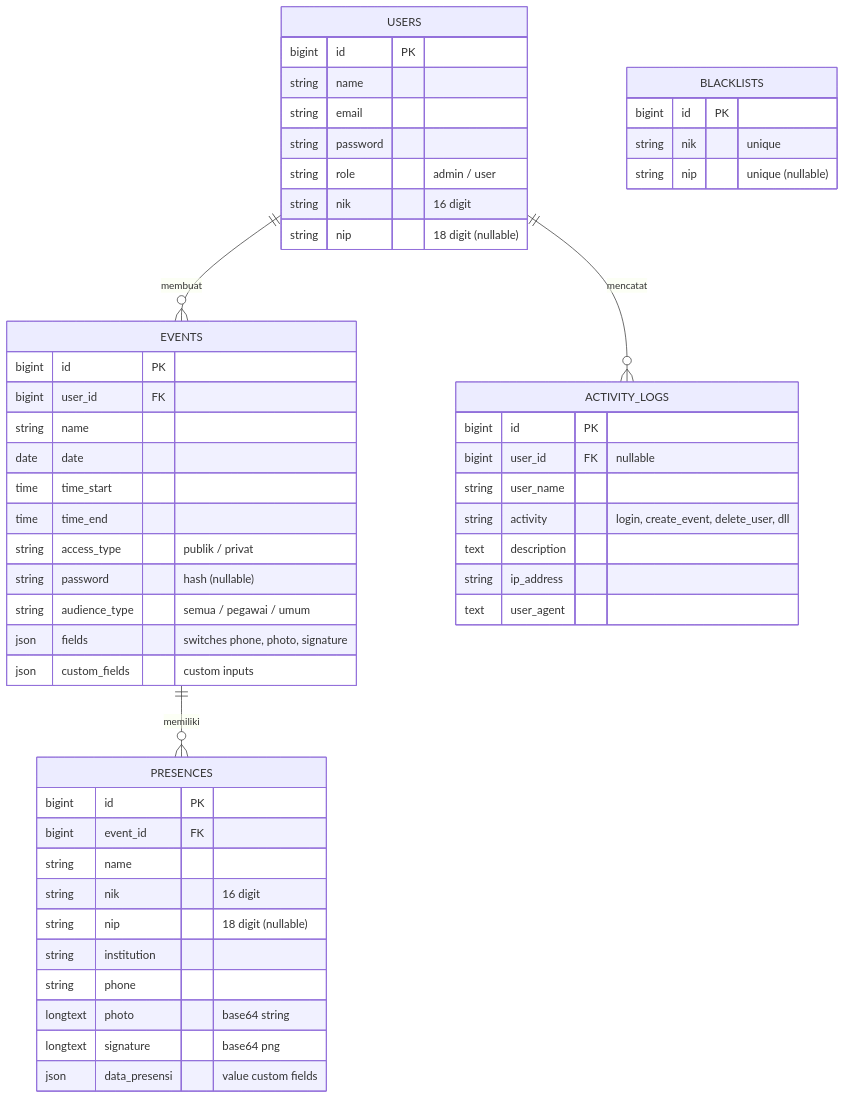
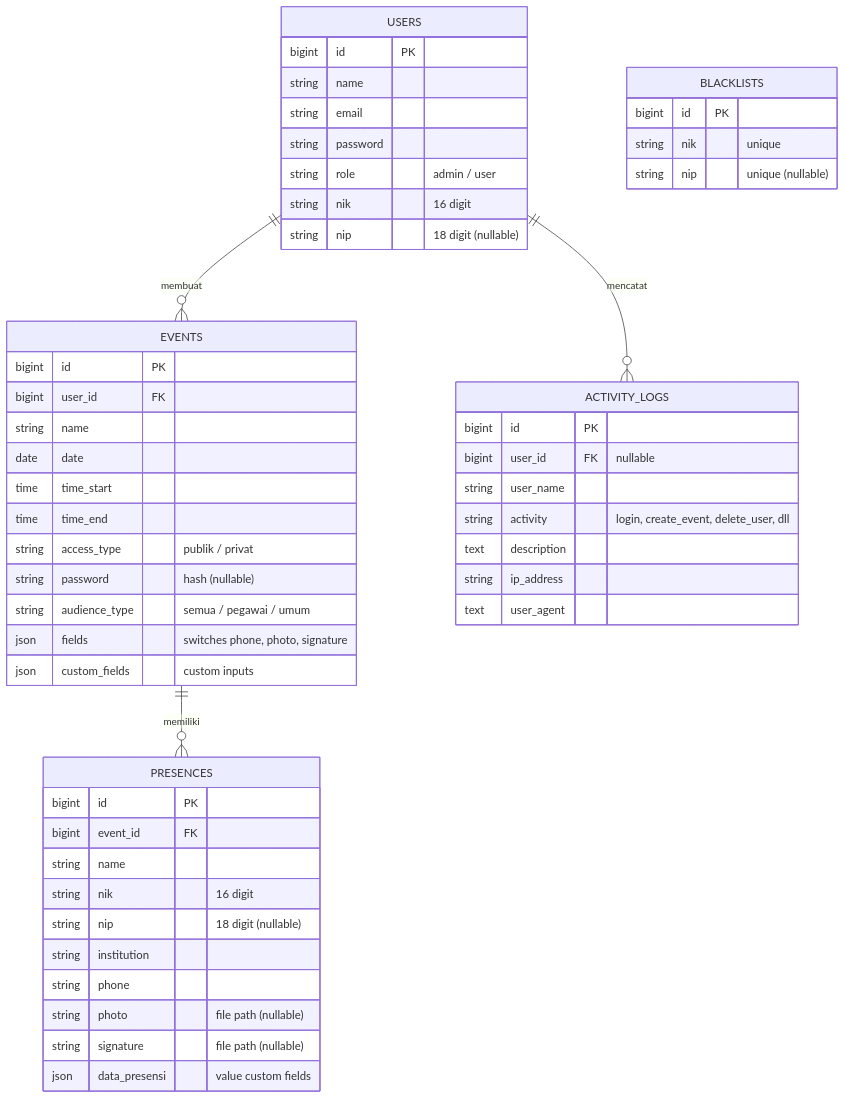
Before and after one commit to Rafly222/PKL_UINMALANG: the second of 2 diagrams in PANDUAN_PEMBUATAN.md, drawn with Mermaid. The commit also changed other lines of this file and 2 other files, not shown here.

````diff
--- a/PANDUAN_PEMBUATAN.md
+++ b/PANDUAN_PEMBUATAN.md
@@ -47,55 +47,55 @@
 ```mermaid
 erDiagram
     USERS ||--o{ EVENTS : "membuat"
     EVENTS ||--o{ PRESENCES : "memiliki"
     USERS ||--o{ ACTIVITY_LOGS : "mencatat"
 
     USERS {
         bigint id PK
         string name
         string email
         string password
         string role "admin / user"
         string nik "16 digit"
         string nip "18 digit (nullable)"
     }
     EVENTS {
         bigint id PK
         bigint user_id FK
         string name
         date date
         time time_start
         time time_end
         string access_type "publik / privat"
         string password "hash (nullable)"
         string audience_type "semua / pegawai / umum"
         json fields "switches phone, photo, signature"
         json custom_fields "custom inputs"
     }
     PRESENCES {
         bigint id PK
         bigint event_id FK
         string name
         string nik "16 digit"
         string nip "18 digit (nullable)"
         string institution
         string phone
-        longtext photo "base64 string"
-        longtext signature "base64 png"
+        string photo "file path (nullable)"
+        string signature "file path (nullable)"
         json data_presensi "value custom fields"
     }
     BLACKLISTS {
         bigint id PK
         string nik "unique"
         string nip "unique (nullable)"
     }
     ACTIVITY_LOGS {
         bigint id PK
         bigint user_id FK "nullable"
         string user_name
         string activity "login, create_event, delete_user, dll"
         text description
         string ip_address
         text user_agent
     }
 ```
````
